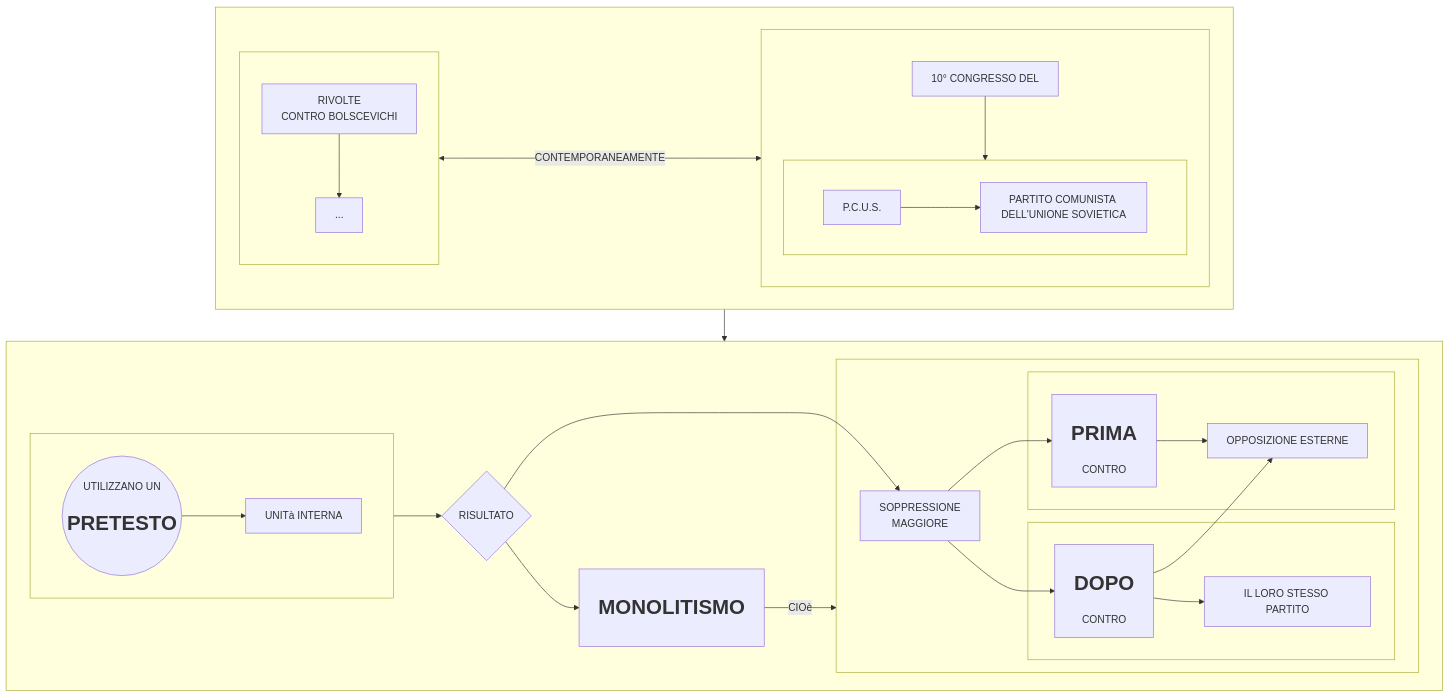
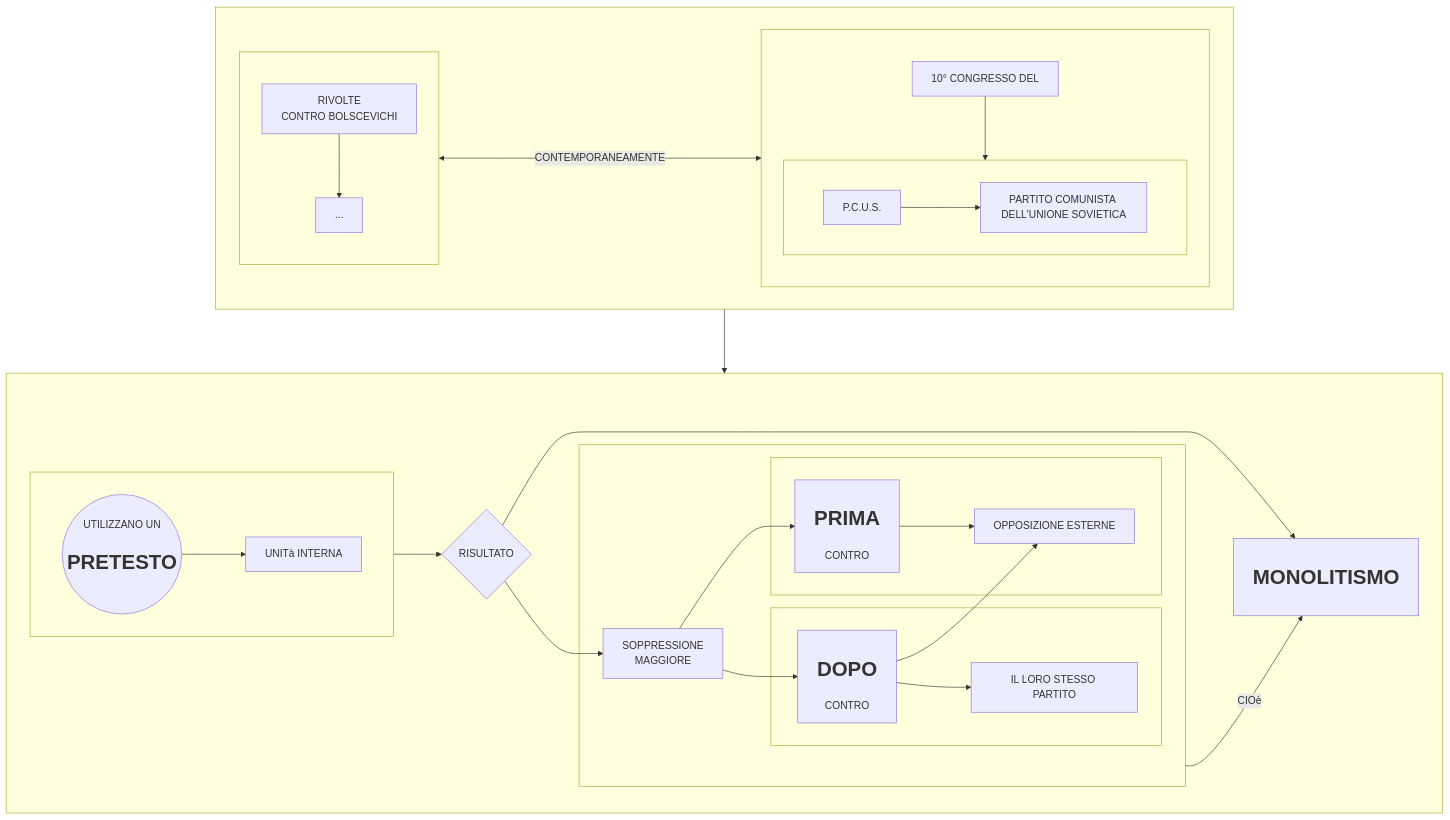
One commit to Laaouatni/ricerca-storia-MermaidJS changed the diagram in prova.md. Above: the diagram before and after it, drawn with Mermaid.

````diff
--- a/prova.md
+++ b/prova.md
@@ -1,49 +1,50 @@
 ```mermaid
 flowchart TB
   subgraph 0[" "]
     subgraph 01[" "]
       010[RIVOLTE <br> CONTRO BOLSCEVICHI]
       011[...]
       010 --> 011
     end
     subgraph 02[" "]
       direction TB
       020[10° CONGRESSO DEL]
       subgraph 023[" "]
         direction LR
         021[P.C.U.S.]
         0210[PARTITO COMUNISTA DELL'UNIONE SOVIETICA]
         021 --> 0210
       end
       020 --> 023
     end
     01 <----->|CONTEMPORANEAMENTE| 02
   end
   subgraph 5[" "]
     subgraph 2[" "]
       1((UTILIZZANO UN <br> <h1>PRETESTO</h1>))
       10[UNITà INTERNA]
     end
     3{RISULTATO}
     subgraph 4[" "]
       40[SOPPRESSIONE <BR> MAGGIORE]
       subgraph 43[" "]
         41[<h1>PRIMA</h1> CONTRO]
         410[OPPOSIZIONE ESTERNE]
       end
       subgraph 44[" "]
         42[<H1>DOPO</H1> CONTRO]
         420[IL LORO STESSO PARTITO]
       end
     end
     6[<h1>MONOLITISMO</h1>]
-    3 --> 6 -->|CIOè| 4
+    3 --> 6
+    4 ----> |CIOè| 6
   end
-  0 --> 5
+  0 ---> 5
   1 --> 10
   2 --> 3
   40 --> 41 & 42
   41 --> 410
   42 --> 410 & 420
   3 --> 40
 ```
````
